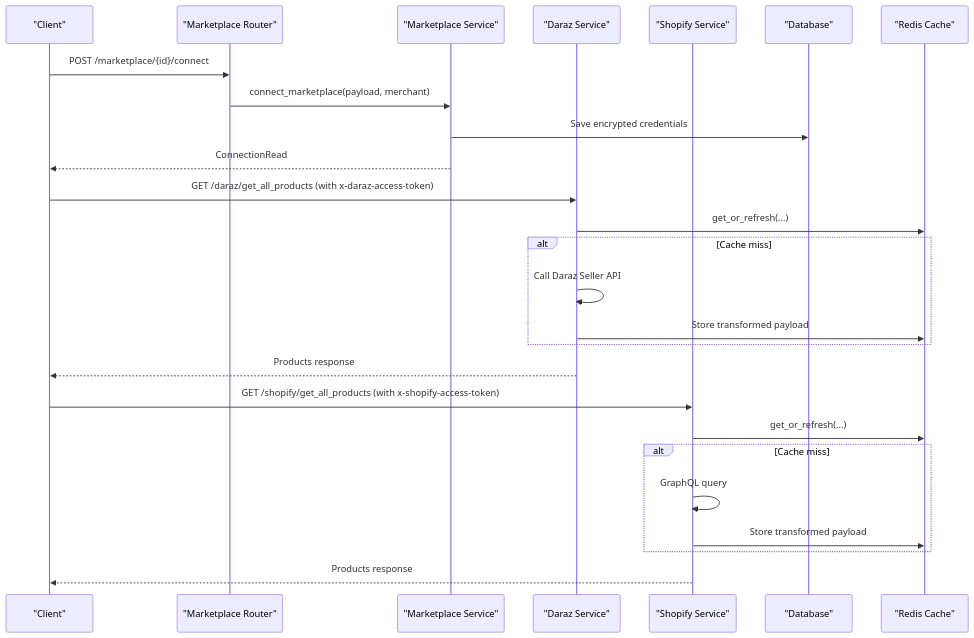
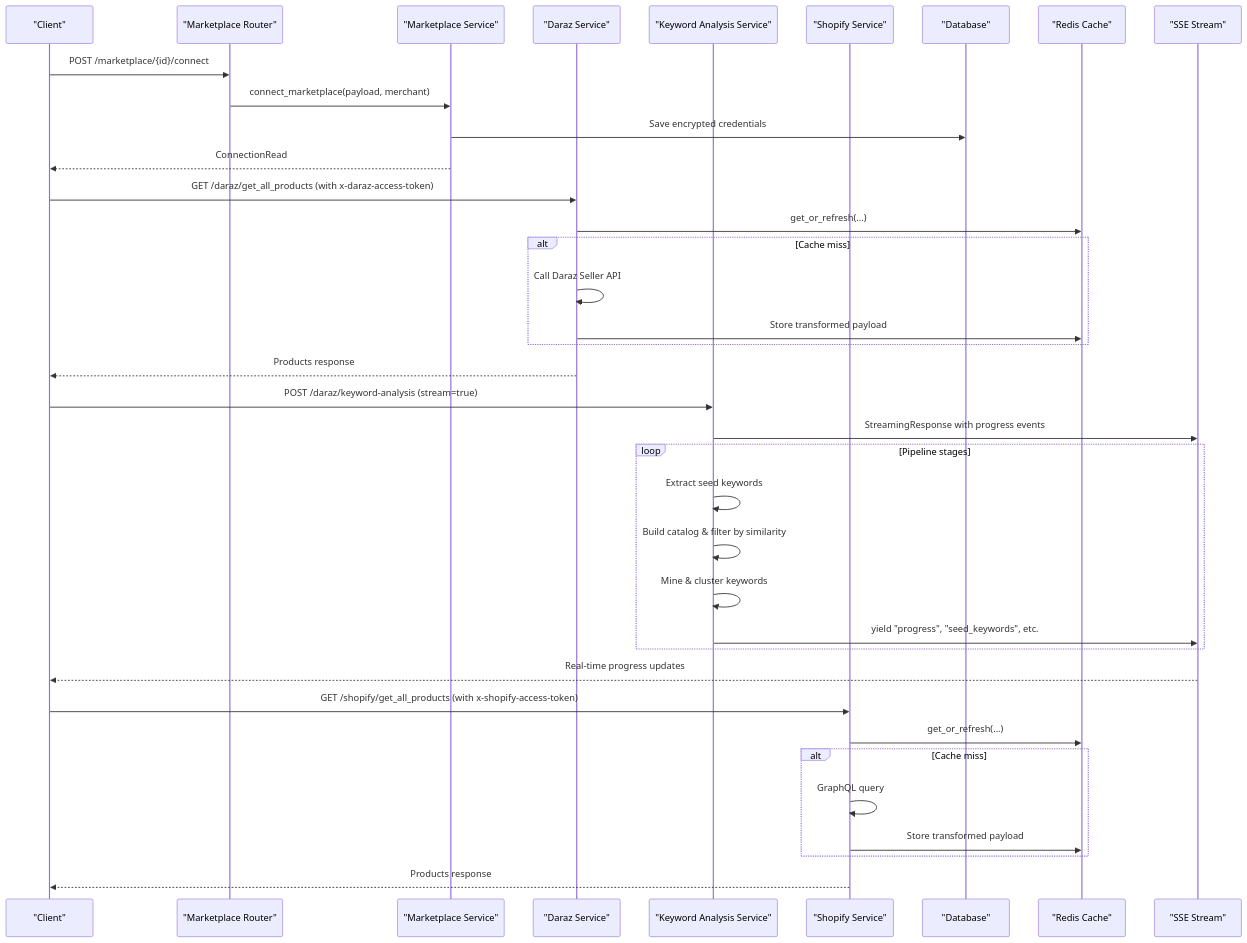
Before and after one commit to Muhammad-Masood/tijarah-ai-backend: the second of 3 diagrams in .qoder/repowiki/en/content/API Reference/Marketplace Integration API/Marketplace Integration API.md, drawn with Mermaid. The commit also changed other lines of this file and 17 other files, not shown here.

````diff
--- a/.qoder/repowiki/en/content/API Reference/Marketplace Integration API/Marketplace Integration API.md
+++ b/.qoder/repowiki/en/content/API Reference/Marketplace Integration API/Marketplace Integration API.md
@@ -100,28 +118,39 @@
 ```mermaid
 sequenceDiagram
 participant C as "Client"
 participant M as "Marketplace Router"
 participant MS as "Marketplace Service"
 participant DS as "Daraz Service"
+participant KS as "Keyword Analysis Service"
 participant SS as "Shopify Service"
 participant DB as "Database"
 participant RC as "Redis Cache"
+participant SSE as "SSE Stream"
 C->>M : POST /marketplace/{id}/connect
 M->>MS : connect_marketplace(payload, merchant)
 MS->>DB : Save encrypted credentials
 MS-->>C : ConnectionRead
 C->>DS : GET /daraz/get_all_products (with x-daraz-access-token)
 DS->>RC : get_or_refresh(...)
 alt Cache miss
 DS->>DS : Call Daraz Seller API
 DS->>RC : Store transformed payload
 end
 DS-->>C : Products response
+C->>KS : POST /daraz/keyword-analysis (stream=true)
+KS->>SSE : StreamingResponse with progress events
+loop Pipeline stages
+KS->>KS : Extract seed keywords
+KS->>KS : Build catalog & filter by similarity
+KS->>KS : Mine & cluster keywords
+KS->>SSE : yield "progress", "seed_keywords", etc.
+end
+SSE-->>C : Real-time progress updates
 C->>SS : GET /shopify/get_all_products (with x-shopify-access-token)
 SS->>RC : get_or_refresh(...)
 alt Cache miss
 SS->>SS : GraphQL query
 SS->>RC : Store transformed payload
 end
 SS-->>C : Products response
 ```
````
